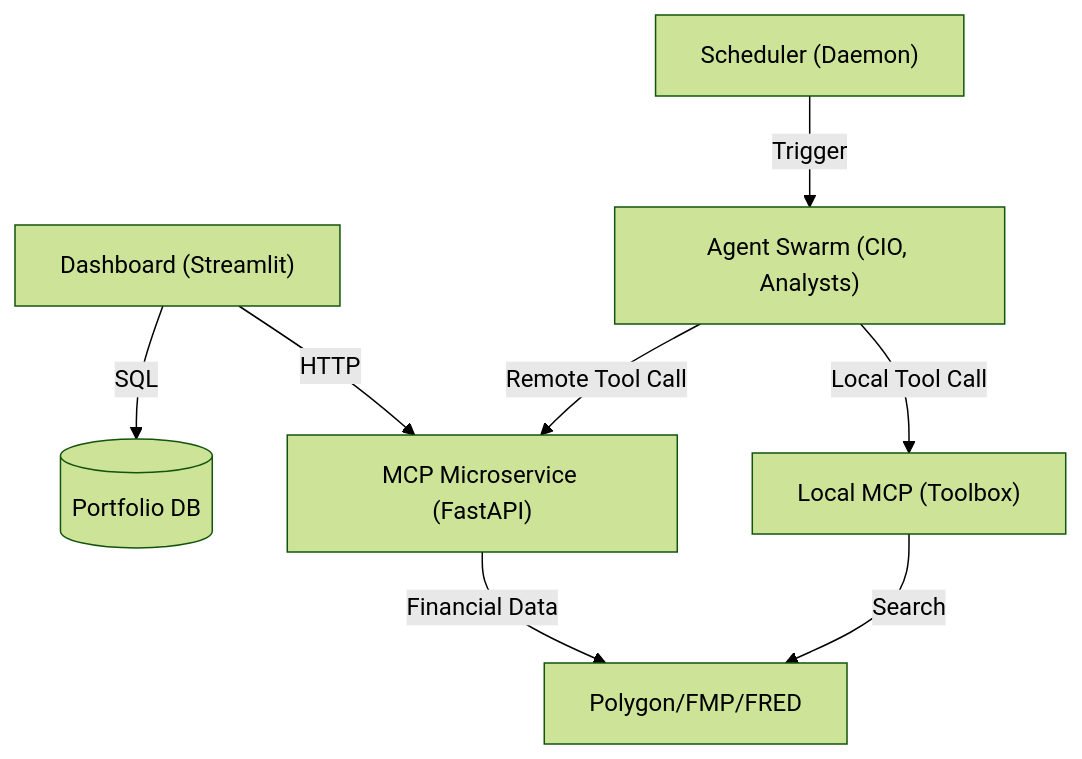
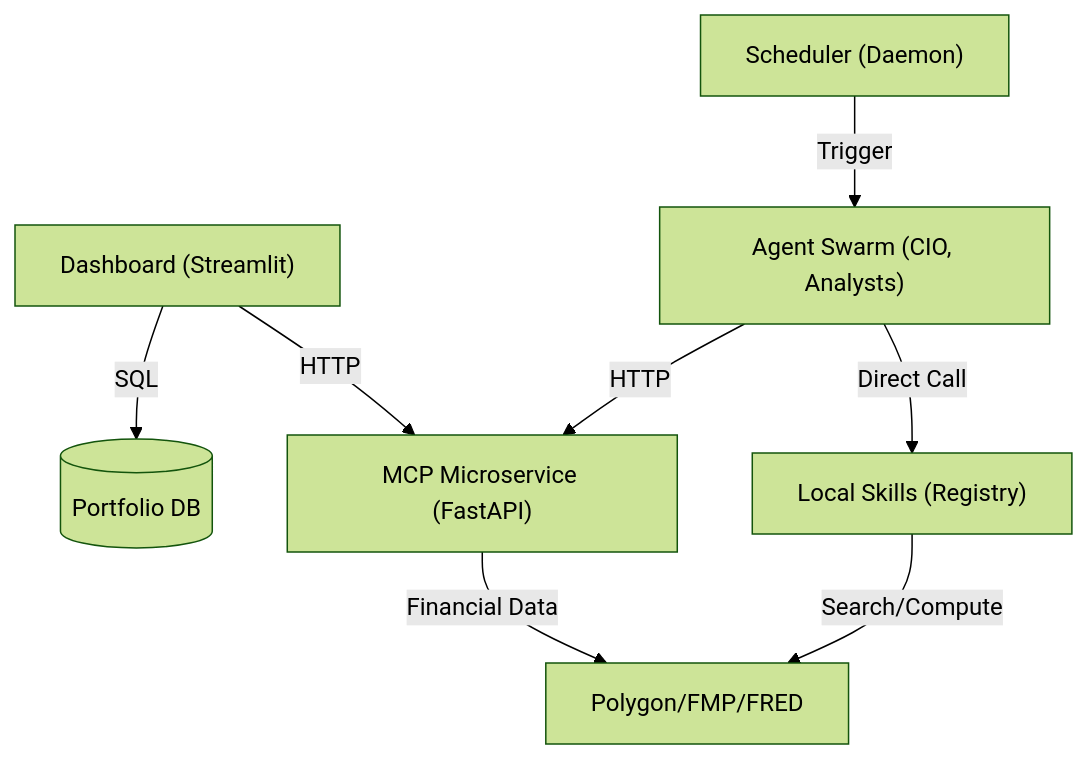
The first of 2 diagrams in wiki/04_架構觀點-Architect_Views/系統全景圖-System-Landscape.md (neohsiung/AI-Investment-Advisor), drawn with Mermaid (forest theme) before and after one commit. The commit also changed other lines of this file and 55 other files, not shown here.

````diff
--- a/wiki/04_架構觀點-Architect_Views/系統全景圖-System-Landscape.md
+++ b/wiki/04_架構觀點-Architect_Views/系統全景圖-System-Landscape.md
@@ -29,10 +36,10 @@
 ```mermaid
 graph TD
     UI["Dashboard (Streamlit)"] -->|SQL| DB[(Portfolio DB)]
     UI -->|HTTP| MCP_Serv["MCP Microservice (FastAPI)"]
     Sch["Scheduler (Daemon)"] -->|Trigger| Agents["Agent Swarm (CIO, Analysts)"]
-    Agents -->|Local Tool Call| Local["Local MCP (Toolbox)"]
-    Agents -->|Remote Tool Call| MCP_Serv
+    Agents -->|Direct Call| Local["Local Skills (Registry)"]
+    Agents -->|HTTP| MCP_Serv
     MCP_Serv -->|Financial Data| APIs[Polygon/FMP/FRED]
-    Local -->|Search| APIs
+    Local -->|Search/Compute| APIs
 ```
````
